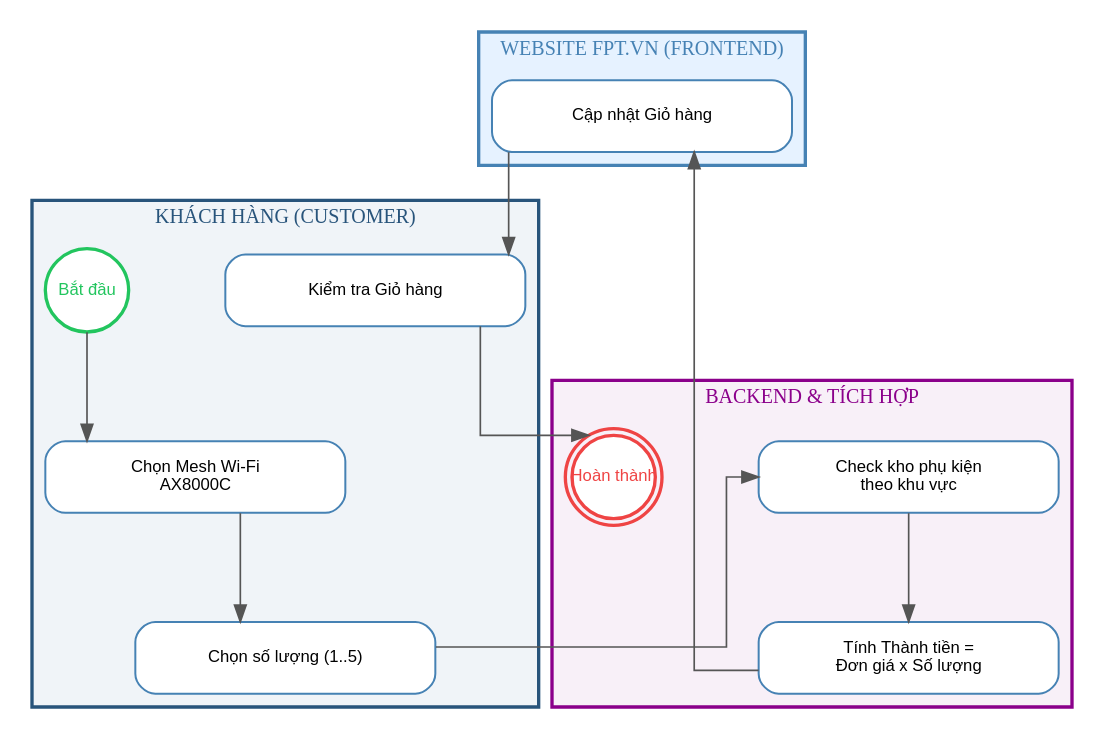
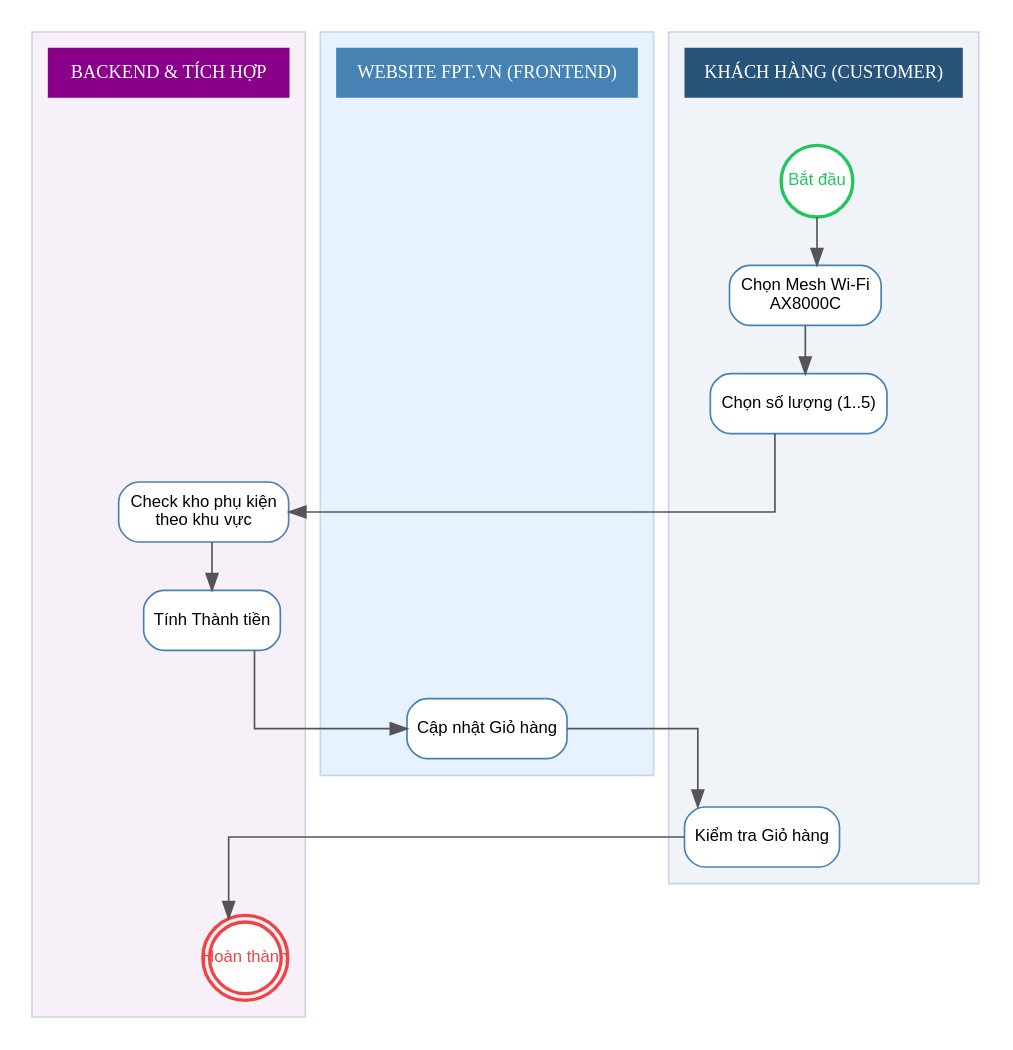
The diagram in diagrams/bpmn_fr03_ax8000c.dot (hathuy2706-BA/FPT), drawn with Graphviz before and after one commit. The commit also changed 17 other files, not shown here.

Commit message:
docs: Refine BPMN diagrams to strictly separate customer/system nodes into distinct vertical swimlanes fitting perfectly inside document frame

```diff
--- a/diagrams/bpmn_fr03_ax8000c.dot
+++ b/diagrams/bpmn_fr03_ax8000c.dot
@@ -1,42 +1,42 @@
 
 digraph G {
 
     rankdir=TB;
     splines=ortho;
-    nodesep=0.8;
-    ranksep=0.8;
-    node [fontname="Arial", fontsize=10, shape=box, style="rounded,filled", fillcolor="white", color="#4682B4", penwidth=1.2, width=2.5, height=0.6];
+    nodesep=0.4;
+    ranksep=0.4;
+    newrank=true;
+    compound=true;
+    fontname="Arial";
+    
+    // Default node style
+    node [fontname="Arial", fontsize=10, shape=box, style="rounded,filled", fillcolor="white", color="#4682B4", penwidth=1.0, margin=0.1];
     edge [fontname="Arial", fontsize=9, color="#555555", penwidth=1.0];
 
-
     subgraph cluster_customer {
-        label="KHÁCH HÀNG (CUSTOMER)";
-        style=filled; color="#28547B"; fillcolor="#F0F4F8"; penwidth=2;
-        fontcolor="#28547B"; fontsize=12; fontname="Arial bold"; labelloc="t"; labeljust="c";
-
-        start [label="Bắt đầu", shape=circle, style="filled", fillcolor="white", color="#22C55E", fontcolor="#22C55E", penwidth=2, width=0.7, fixedsize=true];
+        style=filled; color="#CBD5E1"; fillcolor="#F0F4F8"; penwidth=1; label=""; margin=10;
+        h_cust [label="KHÁCH HÀNG (CUSTOMER)", shape=box, style="filled", fillcolor="#28547B", color="#28547B", fontcolor="white", fontsize=11, fontname="Arial bold", width=2.0, height=0.4, fixedsize=false];
+        start [label="Bắt đầu", shape=circle, style="filled", fillcolor="white", color="#22C55E", fontcolor="#22C55E", penwidth=2, width=0.6, fixedsize=true];
         select_ap [label="Chọn Mesh Wi-Fi\nAX8000C"];
         set_qty [label="Chọn số lượng (1..5)"];
         view_cart [label="Kiểm tra Giỏ hàng"];
+        h_cust -> start [style=invis];
     }
-
     subgraph cluster_fe {
-        label="WEBSITE FPT.VN (FRONTEND)";
-        style=filled; color="#4682B4"; fillcolor="#E6F2FF"; penwidth=2;
-        fontcolor="#4682B4"; fontsize=12; fontname="Arial bold"; labelloc="t"; labeljust="c";
-
+        style=filled; color="#CBD5E1"; fillcolor="#E6F2FF"; penwidth=1; label=""; margin=10;
+        h_fe [label="WEBSITE FPT.VN (FRONTEND)", shape=box, style="filled", fillcolor="#4682B4", color="#4682B4", fontcolor="white", fontsize=11, fontname="Arial bold", width=2.0, height=0.4, fixedsize=false];
         render_ap [label="Cập nhật Giỏ hàng"];
+        h_fe -> render_ap [style=invis];
     }
-
     subgraph cluster_be {
-        label="BACKEND & TÍCH HỢP";
-        style=filled; color="#8B008B"; fillcolor="#F8F0F8"; penwidth=2;
-        fontcolor="#8B008B"; fontsize=12; fontname="Arial bold"; labelloc="t"; labeljust="c";
-
+        style=filled; color="#CBD5E1"; fillcolor="#F8F0F8"; penwidth=1; label=""; margin=10;
+        h_be [label="BACKEND & TÍCH HỢP", shape=box, style="filled", fillcolor="#8B008B", color="#8B008B", fontcolor="white", fontsize=11, fontname="Arial bold", width=2.0, height=0.4, fixedsize=false];
         check_stock [label="Check kho phụ kiện\ntheo khu vực"];
-        calc_total [label="Tính Thành tiền =\nĐơn giá x Số lượng"];
-        end [label="Hoàn thành", shape=doublecircle, style="filled", fillcolor="white", color="#EF4444", fontcolor="#EF4444", penwidth=2, width=0.7, fixedsize=true];
+        calc_total [label="Tính Thành tiền"];
+        end [label="Hoàn thành", shape=doublecircle, style="filled", fillcolor="white", color="#EF4444", fontcolor="#EF4444", penwidth=2, width=0.6, fixedsize=true];
+        h_be -> check_stock [style=invis];
     }
-
+    { rank=same; h_cust; h_fe; h_be; }
+    
     start -> select_ap -> set_qty -> check_stock -> calc_total -> render_ap -> view_cart -> end;
 }
```
